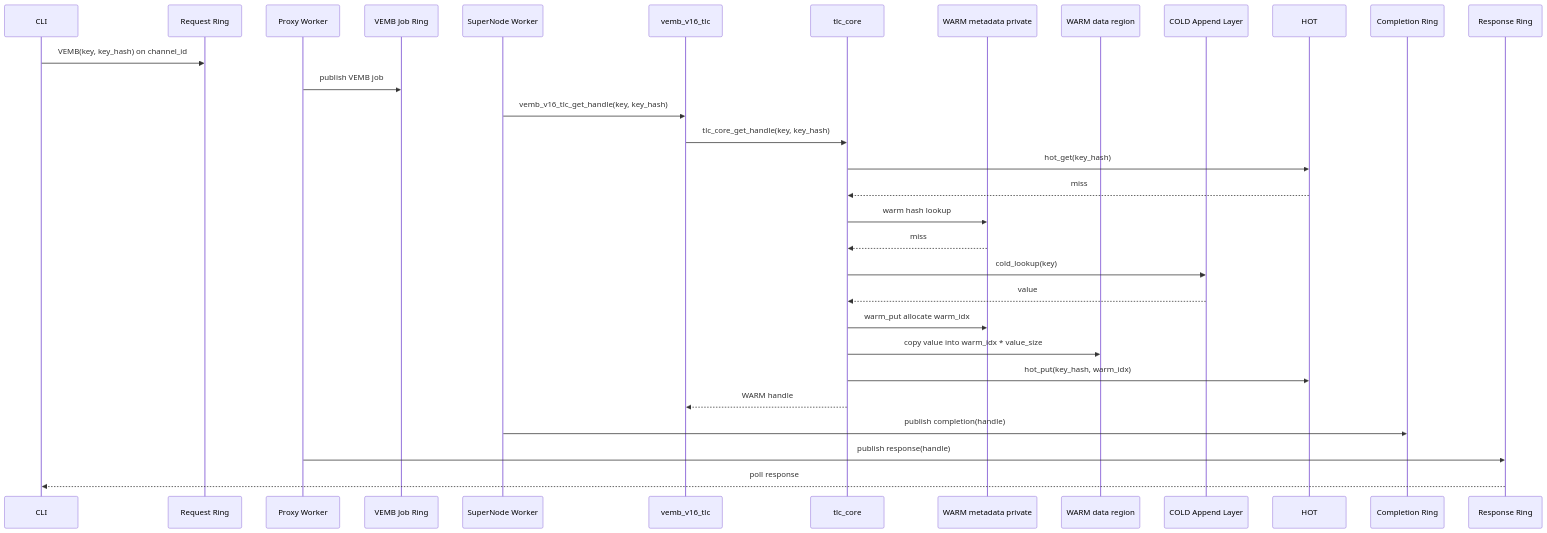
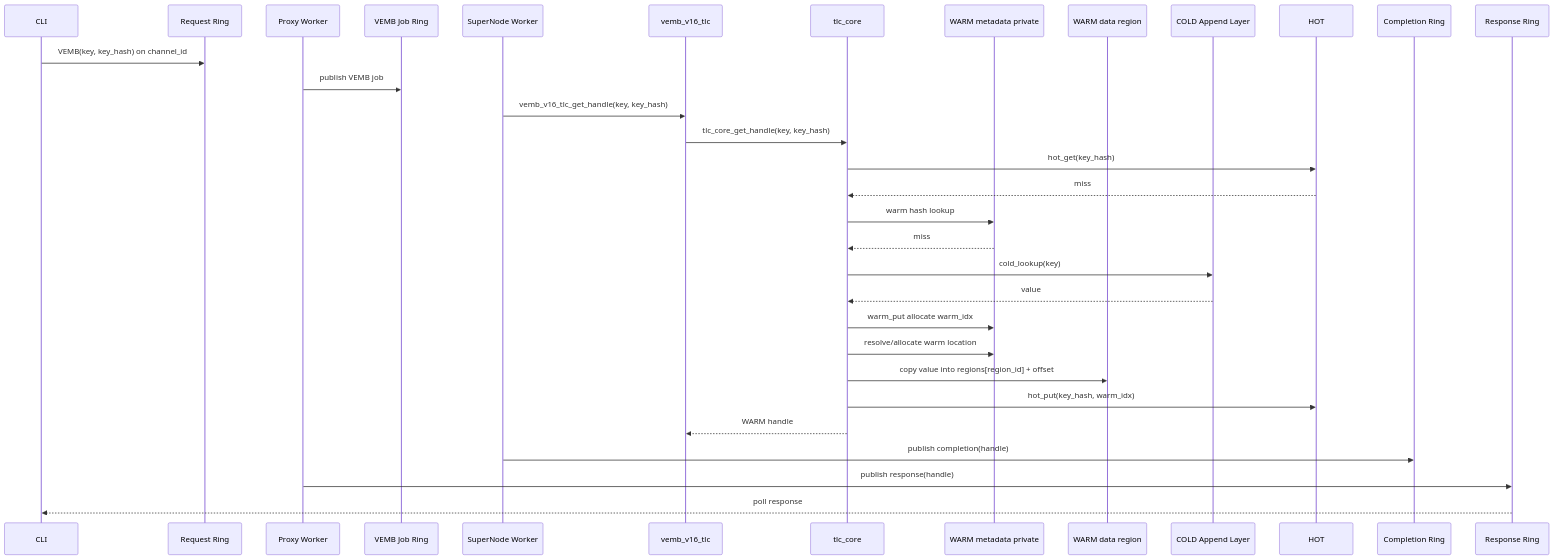
Before and after one commit to jialiuyu/redis: the sixth of 6 diagrams in docs/VEMB_V16_TLC_UB_SHARED_DATA_MODEL.md, drawn with Mermaid. The commit also changed other lines of this file and 22 other files, not shown here.

Commit message:
feat: add multi-ub-regions warm manifest support

````diff
--- a/docs/VEMB_V16_TLC_UB_SHARED_DATA_MODEL.md
+++ b/docs/VEMB_V16_TLC_UB_SHARED_DATA_MODEL.md
@@ -548,34 +718,35 @@
 ```mermaid
 sequenceDiagram
     participant CLI as CLI
     participant RQ as Request Ring
     participant P as Proxy Worker
     participant JQ as VEMB Job Ring
     participant SN as SuperNode Worker
     participant TLC as vemb_v16_tlc
     participant CORE as tlc_core
     participant WMETA as WARM metadata private
     participant WDATA as WARM data region
     participant COLD as COLD Append Layer
     participant HOT as HOT
     participant CQ as Completion Ring
     participant RS as Response Ring
 
     CLI->>RQ: VEMB(key, key_hash) on channel_id
     P->>JQ: publish VEMB job
     SN->>TLC: vemb_v16_tlc_get_handle(key, key_hash)
     TLC->>CORE: tlc_core_get_handle(key, key_hash)
     CORE->>HOT: hot_get(key_hash)
     HOT-->>CORE: miss
     CORE->>WMETA: warm hash lookup
     WMETA-->>CORE: miss
     CORE->>COLD: cold_lookup(key)
     COLD-->>CORE: value
     CORE->>WMETA: warm_put allocate warm_idx
-    CORE->>WDATA: copy value into warm_idx * value_size
+    CORE->>WMETA: resolve/allocate warm location
+    CORE->>WDATA: copy value into regions[region_id] + offset
     CORE->>HOT: hot_put(key_hash, warm_idx)
     CORE-->>TLC: WARM handle
     SN->>CQ: publish completion(handle)
     P->>RS: publish response(handle)
     RS-->>CLI: poll response
 ```
````
